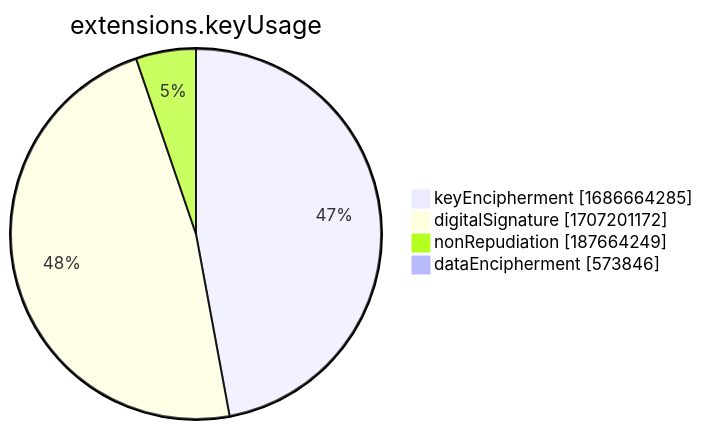
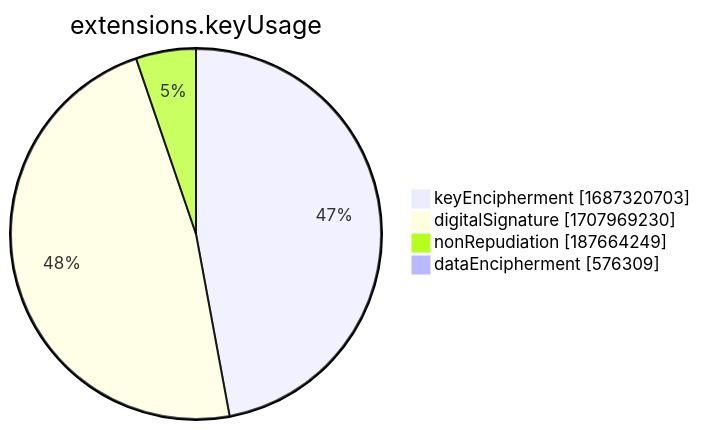
Before and after one commit to christiankrug/ctmonitor_visualization: the seventh of 15 diagrams in xenon2022/README.md, drawn with Mermaid. The commit also changed other lines of this file, not shown here.

````diff
--- a/xenon2022/README.md
+++ b/xenon2022/README.md
@@ -2858,8 +2858,8 @@
 ```mermaid
 pie showData
 title extensions.keyUsage
-"keyEncipherment" :1686664285
-"digitalSignature" :1707201172
+"keyEncipherment" :1687320703
+"digitalSignature" :1707969230
 "nonRepudiation" :187664249
-"dataEncipherment" :573846
+"dataEncipherment" :576309
 ```
````
